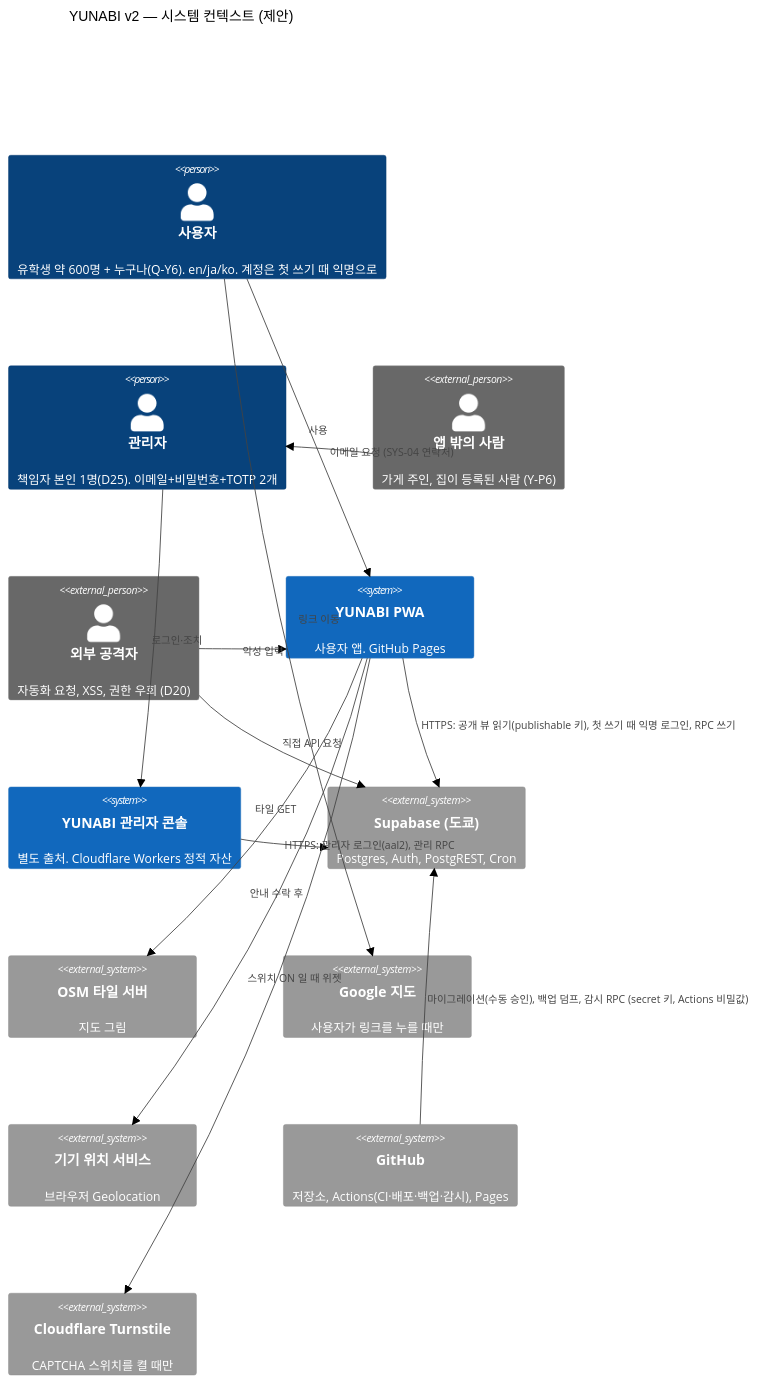
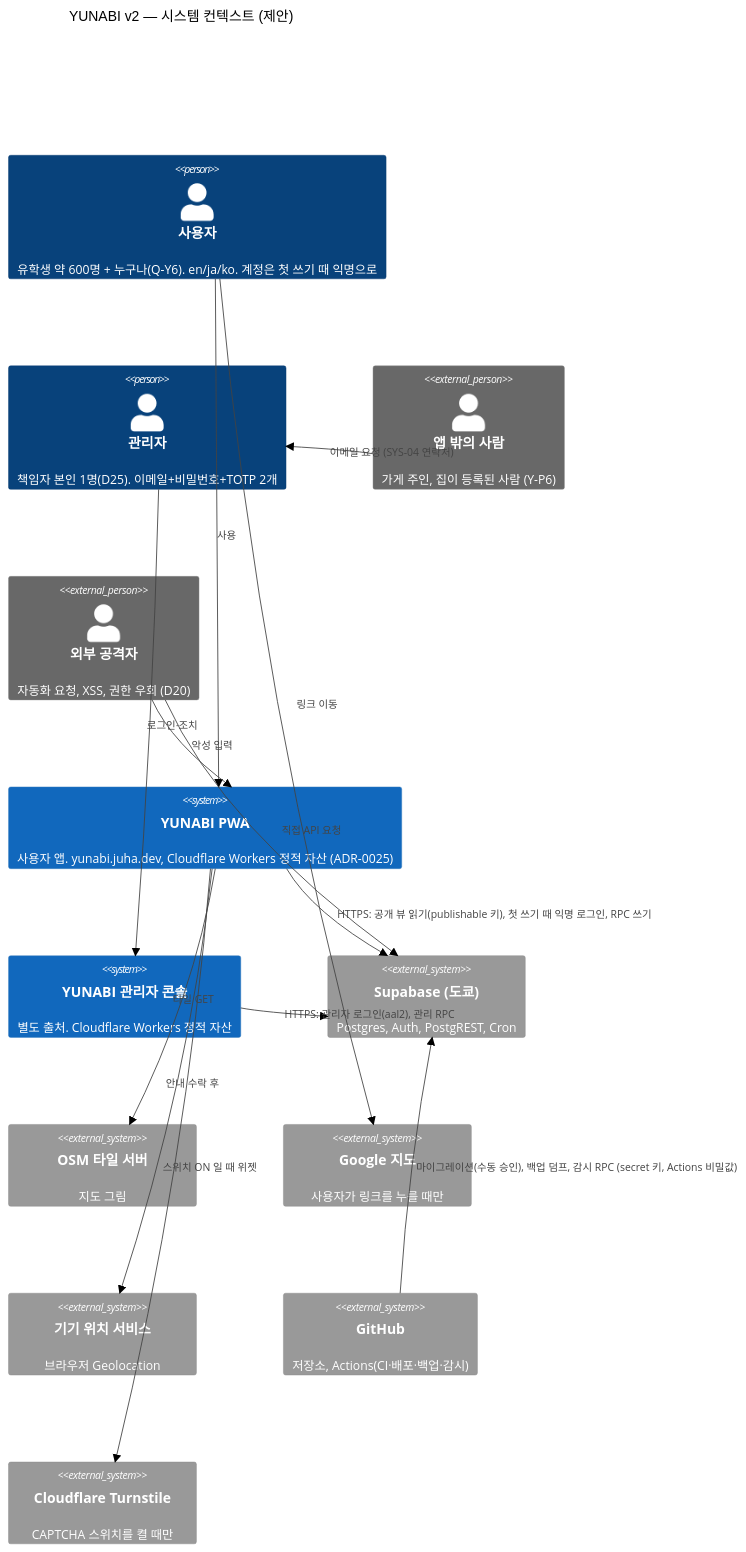
Before and after one commit to underthesun7213/yui-board: the first of 9 diagrams in docs/architecture/rfc/0003-yunabi-v2.md, drawn with Mermaid (forest theme). The commit also changed other lines of this file and 13 other files, not shown here.

First line of the commit message:
ADR-0025: the user app moves to yunabi.juha.dev on Cloudflare Workers (HO-Q2)

````diff
--- a/docs/architecture/rfc/0003-yunabi-v2.md
+++ b/docs/architecture/rfc/0003-yunabi-v2.md
@@ -86,28 +86,28 @@
 ```mermaid
 C4Context
   title YUNABI v2 — 시스템 컨텍스트 (제안)
   Person(user, "사용자", "유학생 약 600명 + 누구나(Q-Y6). en/ja/ko. 계정은 첫 쓰기 때 익명으로")
   Person(admin, "관리자", "책임자 본인 1명(D25). 이메일+비밀번호+TOTP 2개")
   Person_Ext(outsider, "앱 밖의 사람", "가게 주인, 집이 등록된 사람 (Y-P6)")
   Person_Ext(attacker, "외부 공격자", "자동화 요청, XSS, 권한 우회 (D20)")
-  System(pwa, "YUNABI PWA", "사용자 앱. GitHub Pages")
+  System(pwa, "YUNABI PWA", "사용자 앱. yunabi.juha.dev, Cloudflare Workers 정적 자산 (ADR-0025)")
   System(console, "YUNABI 관리자 콘솔", "별도 출처. Cloudflare Workers 정적 자산")
   System_Ext(sb, "Supabase (도쿄)", "Postgres, Auth, PostgREST, Cron")
   System_Ext(osm, "OSM 타일 서버", "지도 그림")
   System_Ext(gmaps, "Google 지도", "사용자가 링크를 누를 때만")
   System_Ext(geo, "기기 위치 서비스", "브라우저 Geolocation")
-  System_Ext(gh, "GitHub", "저장소, Actions(CI·배포·백업·감시), Pages")
+  System_Ext(gh, "GitHub", "저장소, Actions(CI·배포·백업·감시)")
   System_Ext(ts, "Cloudflare Turnstile", "CAPTCHA 스위치를 켤 때만")
   Rel(user, pwa, "사용")
   Rel(admin, console, "로그인·조치")
   Rel(outsider, admin, "이메일 요청 (SYS-04 연락처)")
   Rel(attacker, sb, "직접 API 요청")
   Rel(attacker, pwa, "악성 입력")
   Rel(pwa, sb, "HTTPS: 공개 뷰 읽기(publishable 키), 첫 쓰기 때 익명 로그인, RPC 쓰기")
   Rel(console, sb, "HTTPS: 관리자 로그인(aal2), 관리 RPC")
   Rel(pwa, osm, "타일 GET")
   Rel(pwa, geo, "안내 수락 후")
   Rel(user, gmaps, "링크 이동")
   Rel(pwa, ts, "스위치 ON 일 때 위젯")
   Rel(gh, sb, "마이그레이션(수동 승인), 백업 덤프, 감시 RPC (secret 키, Actions 비밀값)")
 ```
````
